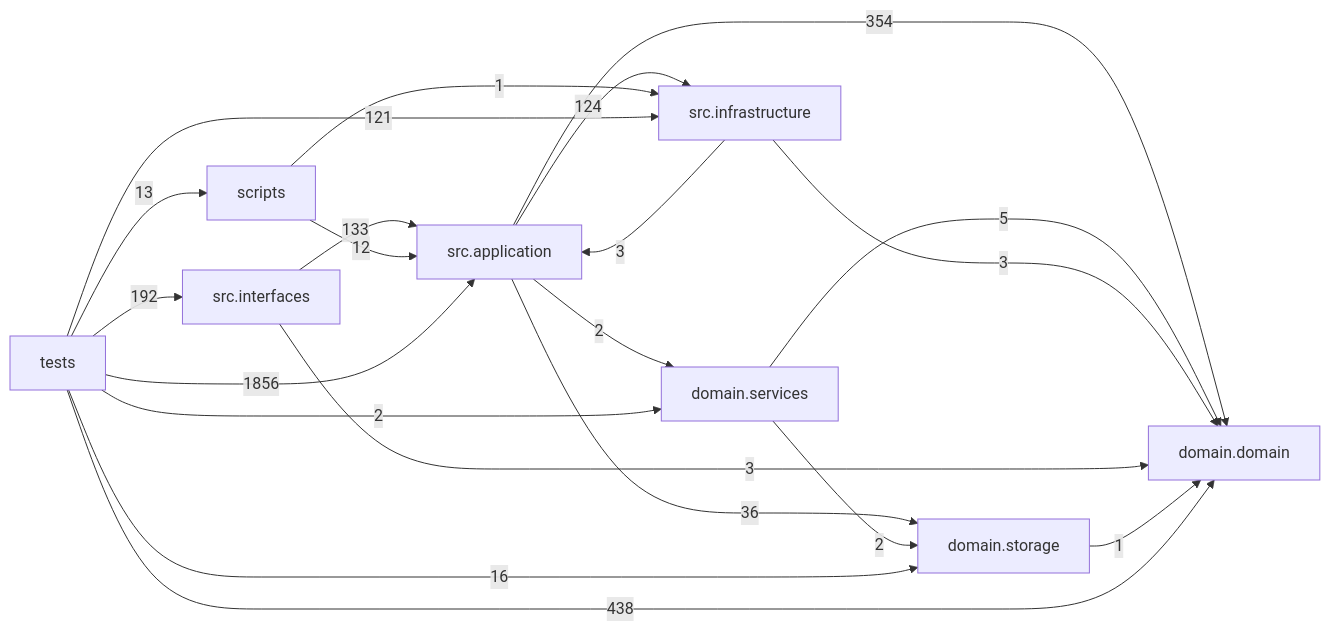
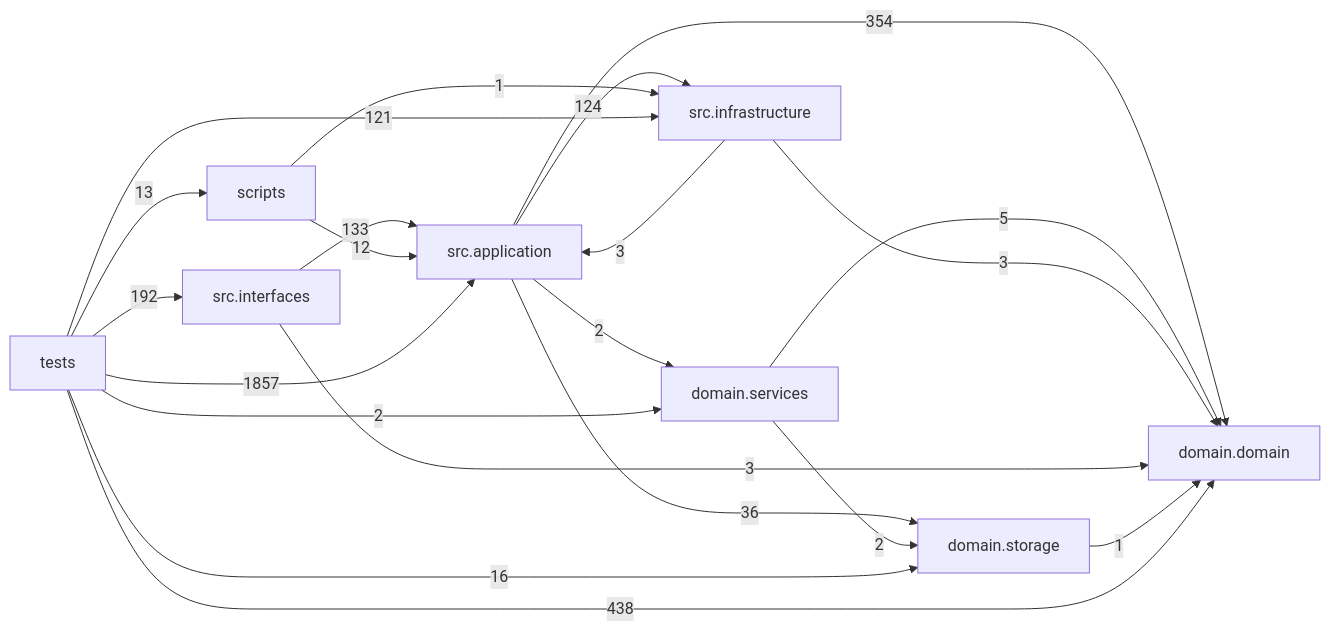
Before and after one commit to liuxie066/options-monitor: the diagram in docs/DEPENDENCY_GRAPH.md, drawn with Mermaid. The commit also changed other lines of this file and 2 other files, not shown here.

````diff
--- a/docs/DEPENDENCY_GRAPH.md
+++ b/docs/DEPENDENCY_GRAPH.md
@@ -24,31 +24,31 @@
 ```mermaid
 flowchart LR
   tests["tests"]
   scripts["scripts"]
   interfaces["src.interfaces"]
   application["src.application"]
   infrastructure["src.infrastructure"]
   domain_services["domain.services"]
   domain["domain.domain"]
   storage["domain.storage"]
   application -->|354| domain
   application -->|2| domain_services
   application -->|124| infrastructure
   application -->|36| storage
   domain_services -->|5| domain
   domain_services -->|2| storage
   infrastructure -->|3| application
   infrastructure -->|3| domain
   interfaces -->|133| application
   interfaces -->|3| domain
   scripts -->|12| application
   scripts -->|1| infrastructure
   storage -->|1| domain
-  tests -->|1856| application
+  tests -->|1857| application
   tests -->|438| domain
   tests -->|2| domain_services
   tests -->|121| infrastructure
   tests -->|192| interfaces
   tests -->|13| scripts
   tests -->|16| storage
 ```
````
